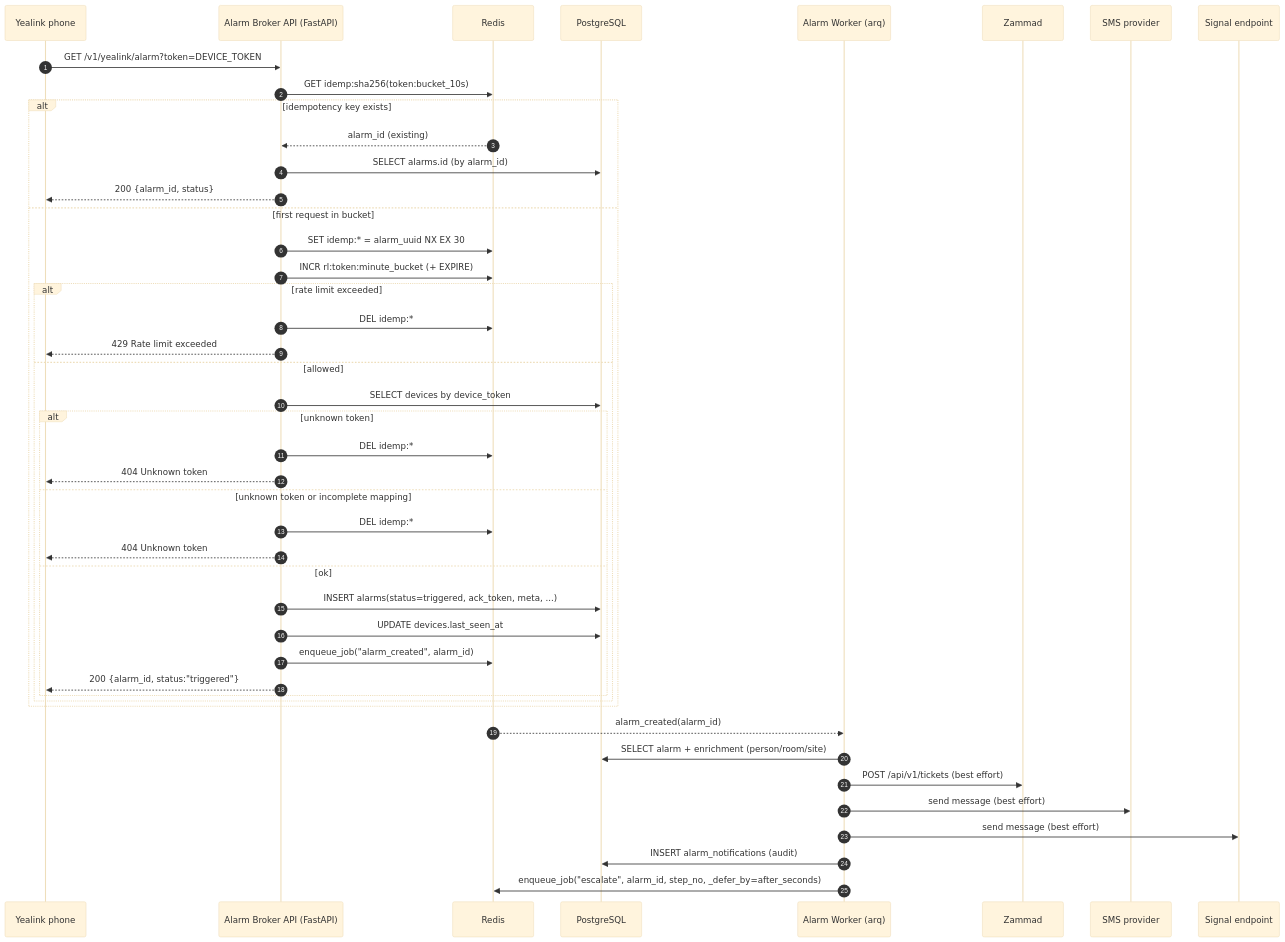
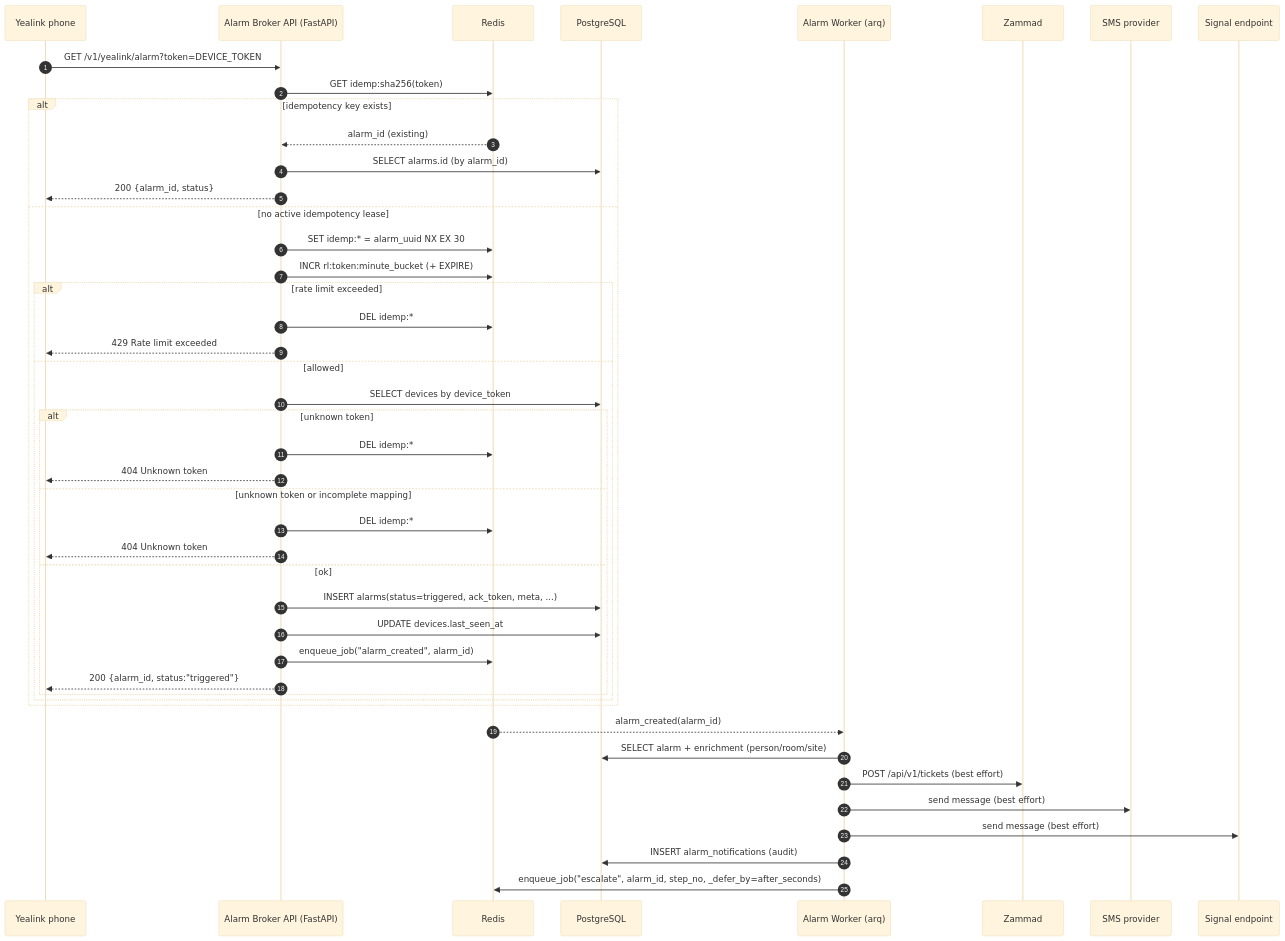
The second of 5 diagrams in README.md (sebastianspicker/alarm-broker), drawn with Mermaid (base theme) before and after one commit. The commit also changed other lines of this file and 12 other files, not shown here.

````diff
--- a/README.md
+++ b/README.md
@@ -65,50 +65,50 @@
 ```mermaid
 sequenceDiagram
   autonumber
   participant Y as Yealink phone
   participant API as Alarm Broker API (FastAPI)
   participant R as Redis
   participant PG as PostgreSQL
   participant W as Alarm Worker (arq)
   participant Z as Zammad
   participant SMS as SMS provider
   participant SIG as Signal endpoint
 
   Y->>API: GET /v1/yealink/alarm?token=DEVICE_TOKEN
-  API->>R: GET idemp:sha256(token:bucket_10s)
+  API->>R: GET idemp:sha256(token)
   alt idempotency key exists
     R-->>API: alarm_id (existing)
     API->>PG: SELECT alarms.id (by alarm_id)
     API-->>Y: 200 {alarm_id, status}
-  else first request in bucket
+  else no active idempotency lease
     API->>R: SET idemp:* = alarm_uuid NX EX 30
     API->>R: INCR rl:token:minute_bucket (+ EXPIRE)
     alt rate limit exceeded
       API->>R: DEL idemp:*
       API-->>Y: 429 Rate limit exceeded
     else allowed
       API->>PG: SELECT devices by device_token
       alt unknown token
         API->>R: DEL idemp:*
         API-->>Y: 404 Unknown token
       else unknown token or incomplete mapping
         API->>R: DEL idemp:*
         API-->>Y: 404 Unknown token
       else ok
         API->>PG: INSERT alarms(status=triggered, ack_token, meta, ...)
         API->>PG: UPDATE devices.last_seen_at
         API->>R: enqueue_job("alarm_created", alarm_id)
         API-->>Y: 200 {alarm_id, status:"triggered"}
       end
     end
   end
 
   %% async fan-out
   R-->>W: alarm_created(alarm_id)
   W->>PG: SELECT alarm + enrichment (person/room/site)
   W->>Z: POST /api/v1/tickets (best effort)
   W->>SMS: send message (best effort)
   W->>SIG: send message (best effort)
   W->>PG: INSERT alarm_notifications (audit)
   W->>R: enqueue_job("escalate", alarm_id, step_no, _defer_by=after_seconds)
 ```
````
